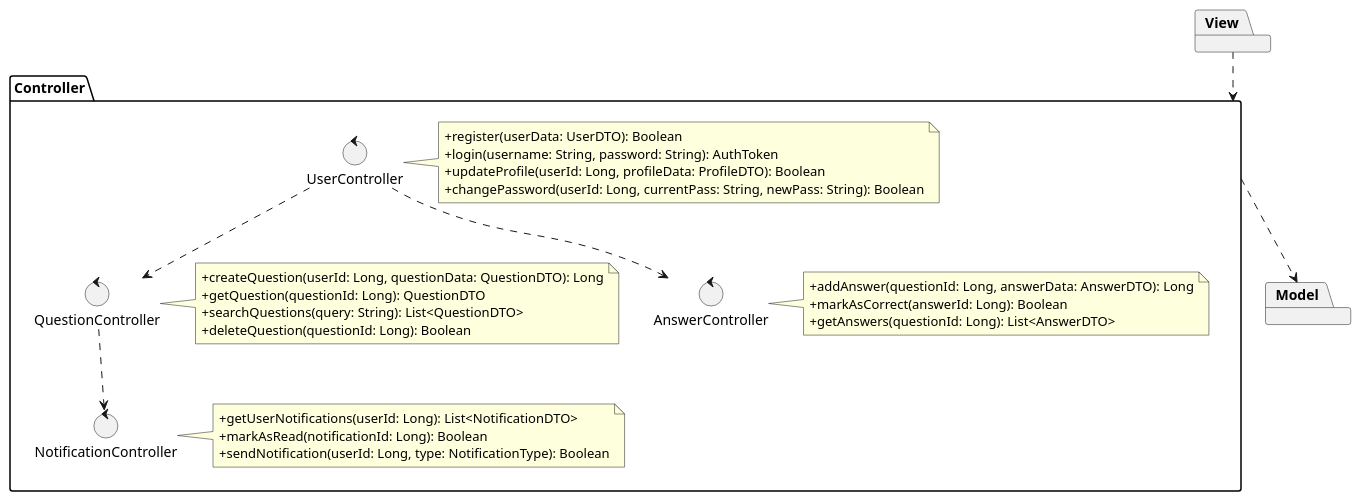
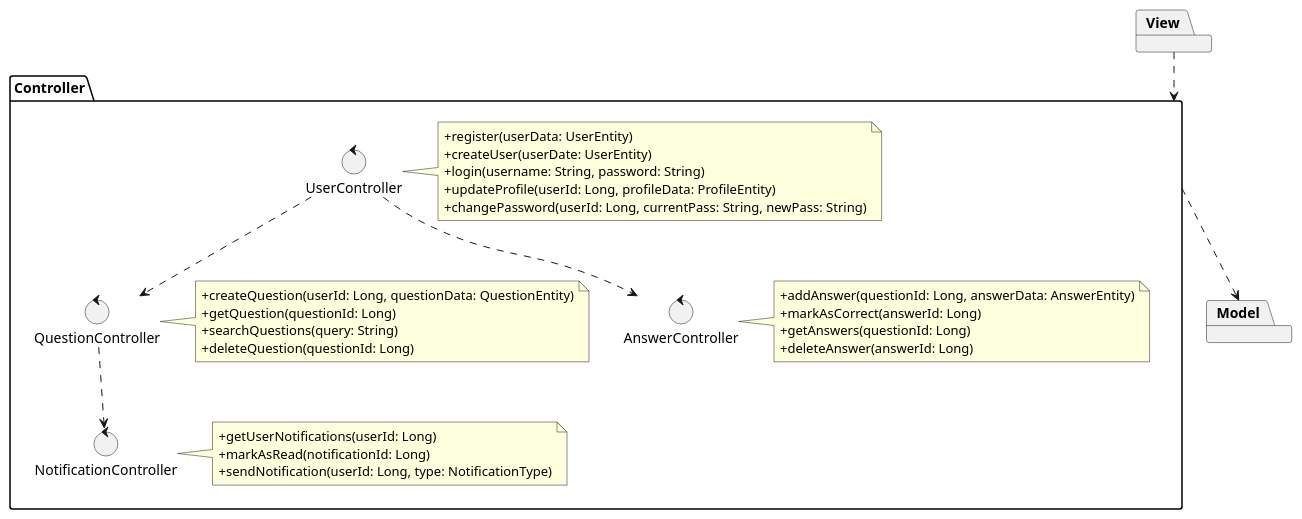
One commit to rafaelacirino/miw-backend-foro changed the diagram in src/main/resources/templates/logic/packageController.puml. Above: the diagram before and after it, drawn with PlantUML. The commit also changed 7 other files, not shown here.

Commit message:
update and add more diagrams

```diff
--- a/src/main/resources/templates/logic/packageController.puml
+++ b/src/main/resources/templates/logic/packageController.puml
@@ -1,49 +1,51 @@
 @startuml
 
 package Model {
 }
 
 package View {
 }
 
 View ..> Controller
 Controller ..> Model
 
 package Controller {
     control UserController
     note right of UserController
-        +register(userData: UserDTO): Boolean
-        +login(username: String, password: String): AuthToken
-        +updateProfile(userId: Long, profileData: ProfileDTO): Boolean
-        +changePassword(userId: Long, currentPass: String, newPass: String): Boolean
+        +register(userData: UserEntity)
+        +createUser(userDate: UserEntity)
+        +login(username: String, password: String)
+        +updateProfile(userId: Long, profileData: ProfileEntity)
+        +changePassword(userId: Long, currentPass: String, newPass: String)
     end note
 
     control QuestionController
     note right of QuestionController
-        +createQuestion(userId: Long, questionData: QuestionDTO): Long
-        +getQuestion(questionId: Long): QuestionDTO
-        +searchQuestions(query: String): List<QuestionDTO>
-        +deleteQuestion(questionId: Long): Boolean
+        +createQuestion(userId: Long, questionData: QuestionEntity)
+        +getQuestion(questionId: Long)
+        +searchQuestions(query: String)
+        +deleteQuestion(questionId: Long)
     end note
 
     control AnswerController
     note right of AnswerController
-        +addAnswer(questionId: Long, answerData: AnswerDTO): Long
-        +markAsCorrect(answerId: Long): Boolean
-        +getAnswers(questionId: Long): List<AnswerDTO>
+        +addAnswer(questionId: Long, answerData: AnswerEntity)
+        +markAsCorrect(answerId: Long)
+        +getAnswers(questionId: Long)
+        +deleteAnswer(answerId: Long)
     end note
 
     control NotificationController
     note right of NotificationController
-        +getUserNotifications(userId: Long): List<NotificationDTO>
-        +markAsRead(notificationId: Long): Boolean
-        +sendNotification(userId: Long, type: NotificationType): Boolean
+        +getUserNotifications(userId: Long)
+        +markAsRead(notificationId: Long)
+        +sendNotification(userId: Long, type: NotificationType)
     end note
 
     UserController ..> QuestionController
     UserController ..> AnswerController
     QuestionController ..> NotificationController
 }
 
 
 @enduml
```
